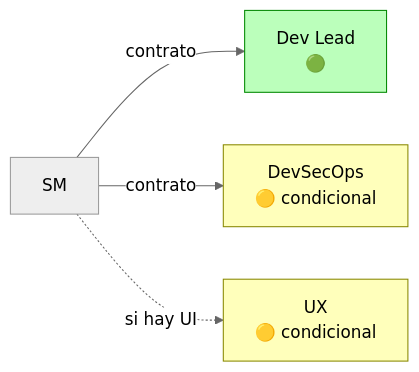
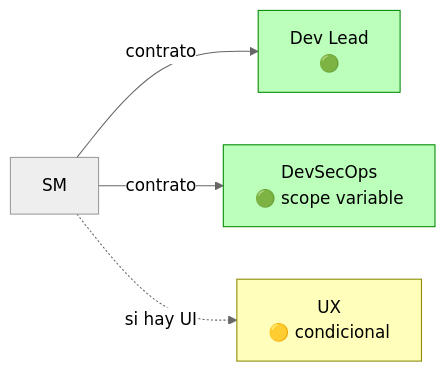
Before and after one commit to virgenherrera/idea-to-mvp: the third of 12 diagrams in docs/planning/roles/profiles-by-phase.md, drawn with Mermaid (neutral theme). The commit also changed 20 other files, not shown here.

````diff
--- a/docs/planning/roles/profiles-by-phase.md
+++ b/docs/planning/roles/profiles-by-phase.md
@@ -122,10 +122,10 @@
 ```mermaid
 flowchart LR
     SM_F3["SM"] -->|"contrato"| DEV_F3["Dev Lead\n🟢"]
-    SM_F3 -->|"contrato"| SEC_F3["DevSecOps\n🟡 condicional"]
+    SM_F3 -->|"contrato"| SEC_F3["DevSecOps\n🟢 scope variable"]
     SM_F3 -.->|"si hay UI"| UX_F3["UX\n🟡 condicional"]
 
     style DEV_F3 fill:#bfb,stroke:#080
-    style SEC_F3 fill:#ffb,stroke:#880
+    style SEC_F3 fill:#bfb,stroke:#080
     style UX_F3 fill:#ffb,stroke:#880
 ```
````
